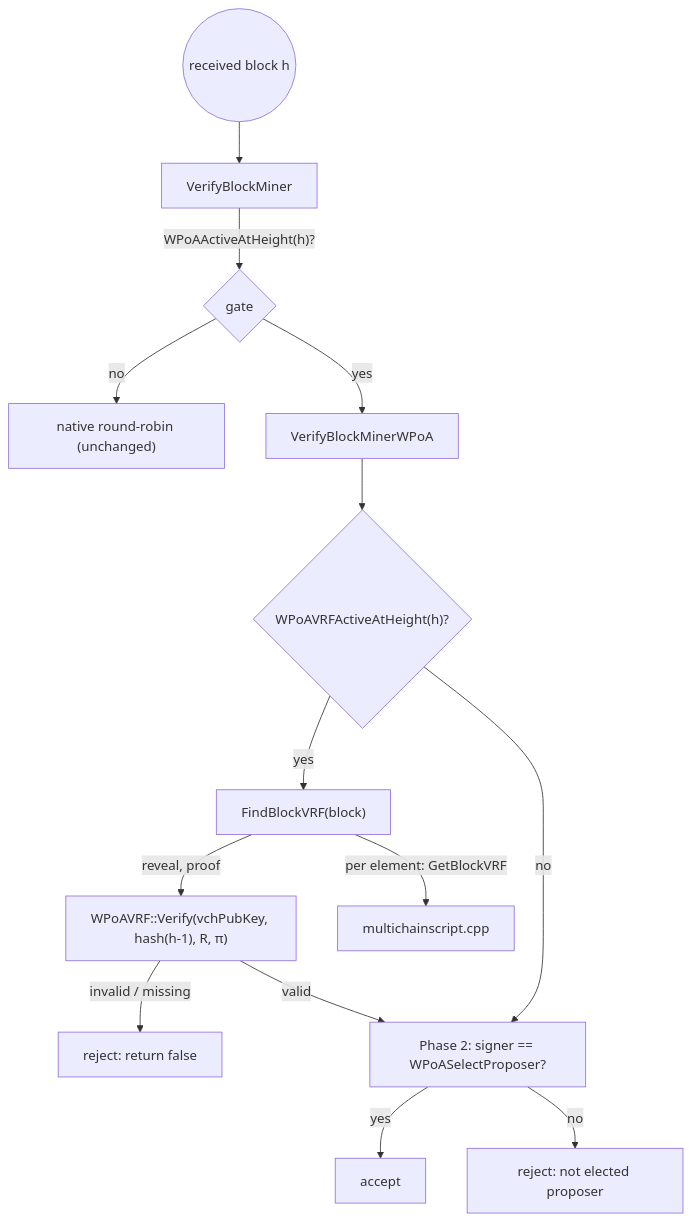
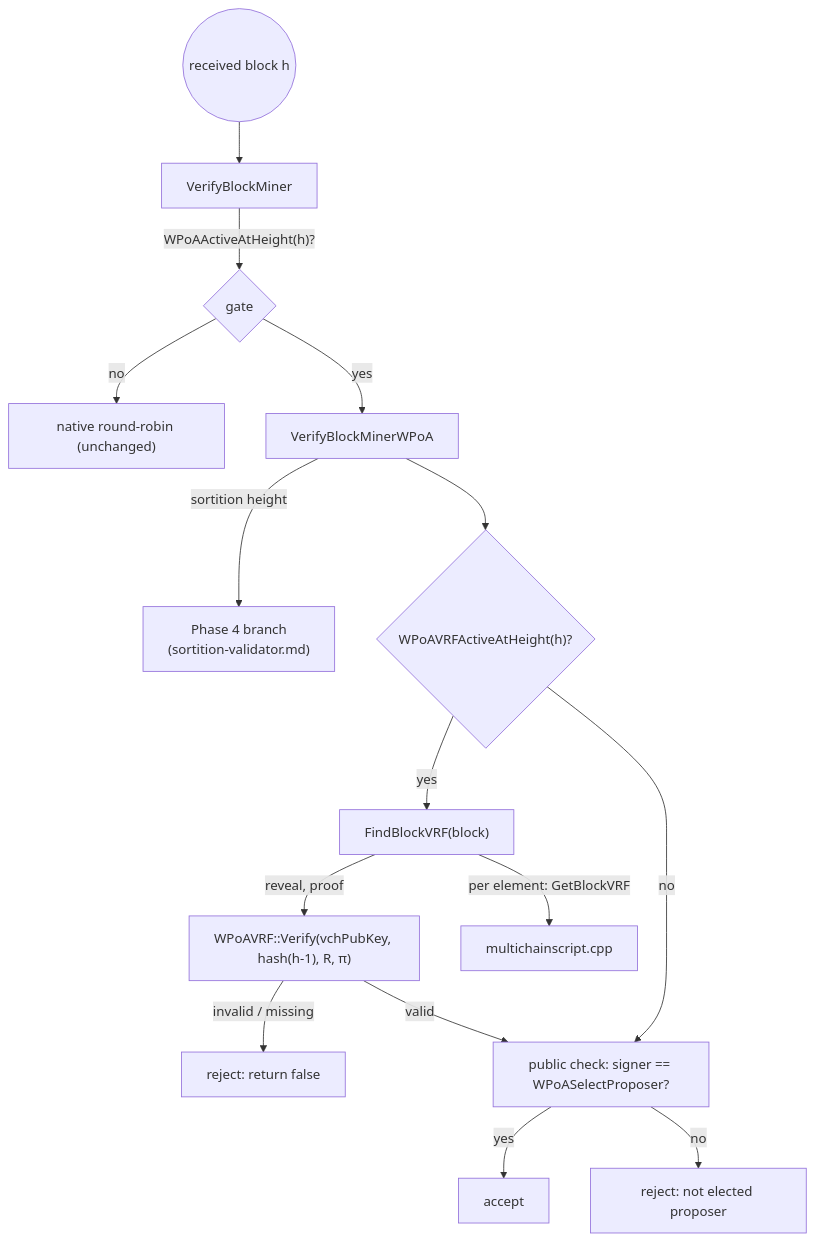
Before and after one commit to FeMattu/multichain: the diagram in docs/vrf-verifier.md, drawn with Mermaid. The commit also changed other lines of this file and 44 other files, not shown here.

````diff
--- a/docs/vrf-verifier.md
+++ b/docs/vrf-verifier.md
@@ -218,16 +220,17 @@
 ```mermaid
 flowchart TD
     NET(("received block h")) --> VBM["VerifyBlockMiner"]
     VBM -->|"WPoAActiveAtHeight(h)?"| G{gate}
     G -->|no| NATIVE["native round-robin (unchanged)"]
     G -->|yes| VW["VerifyBlockMinerWPoA"]
+    VW -->|sortition height| SORT["Phase 4 branch<br/>(sortition-validator.md)"]
     VW --> VRFG{"WPoAVRFActiveAtHeight(h)?"}
     VRFG -->|yes| FIND["FindBlockVRF(block)"]
     FIND -->|"reveal, proof"| VER["WPoAVRF::Verify(vchPubKey, hash(h-1), R, π)"]
     VER -->|invalid / missing| REJ1["reject: return false"]
     VER -->|valid| PROP
-    VRFG -->|no| PROP["Phase 2: signer == WPoASelectProposer?"]
+    VRFG -->|no| PROP["public check: signer == WPoASelectProposer?"]
     PROP -->|yes| ACC["accept"]
     PROP -->|no| REJ2["reject: not elected proposer"]
     FIND -->|"per element: GetBlockVRF"| ENC["multichainscript.cpp"]
 ```
````
